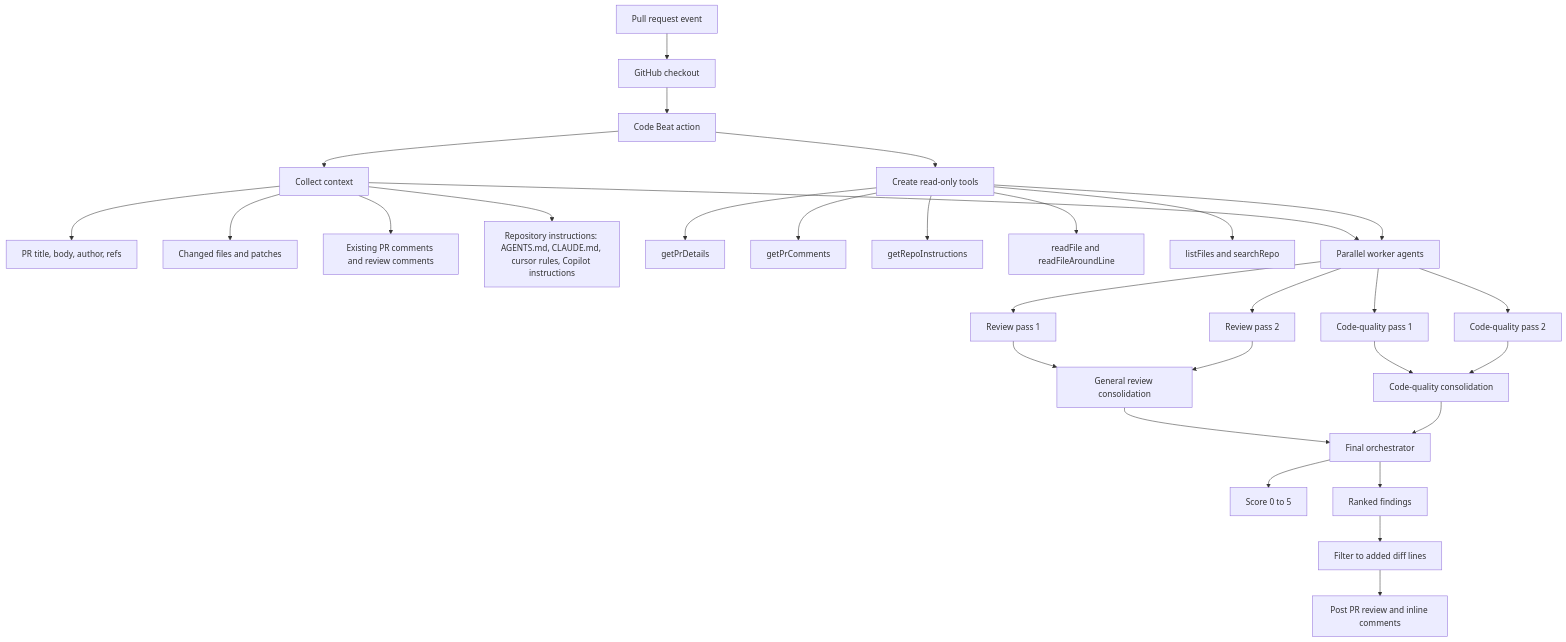
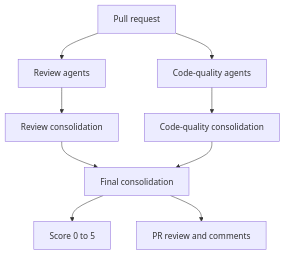
One commit to relferreira/code-beat changed the diagram in README.md. Above: the diagram before and after it, drawn with Mermaid. The commit also changed other lines of this file, not shown here.

Commit message:
Simplify README architecture diagram

````diff
--- a/README.md
+++ b/README.md
@@ -66,39 +66,14 @@
 ```mermaid
 flowchart TD
-  A[Pull request event] --> B[GitHub checkout]
-  B --> C[Code Beat action]
+  PR[Pull request] --> Review[Review agents]
+  PR --> Quality[Code-quality agents]
 
-  C --> D[Collect context]
-  D --> D1[PR title, body, author, refs]
-  D --> D2[Changed files and patches]
-  D --> D3[Existing PR comments and review comments]
-  D --> D4[Repository instructions: AGENTS.md, CLAUDE.md, cursor rules, Copilot instructions]
+  Review --> ReviewSummary[Review consolidation]
+  Quality --> QualitySummary[Code-quality consolidation]
 
-  C --> E[Create read-only tools]
-  E --> E1[getPrDetails]
-  E --> E2[getPrComments]
-  E --> E3[getRepoInstructions]
-  E --> E4[readFile and readFileAroundLine]
-  E --> E5[listFiles and searchRepo]
+  ReviewSummary --> Final[Final consolidation]
+  QualitySummary --> Final
 
-  D --> F[Parallel worker agents]
-  E --> F
-
-  F --> R1[Review pass 1]
-  F --> R2[Review pass 2]
-  F --> Q1[Code-quality pass 1]
-  F --> Q2[Code-quality pass 2]
-
-  R1 --> G[General review consolidation]
-  R2 --> G
-  Q1 --> H[Code-quality consolidation]
-  Q2 --> H
-
-  G --> I[Final orchestrator]
-  H --> I
-
-  I --> J[Score 0 to 5]
-  I --> K[Ranked findings]
-  K --> L[Filter to added diff lines]
-  L --> M[Post PR review and inline comments]
+  Final --> Score[Score 0 to 5]
+  Final --> Comments[PR review and comments]
 ```
````
